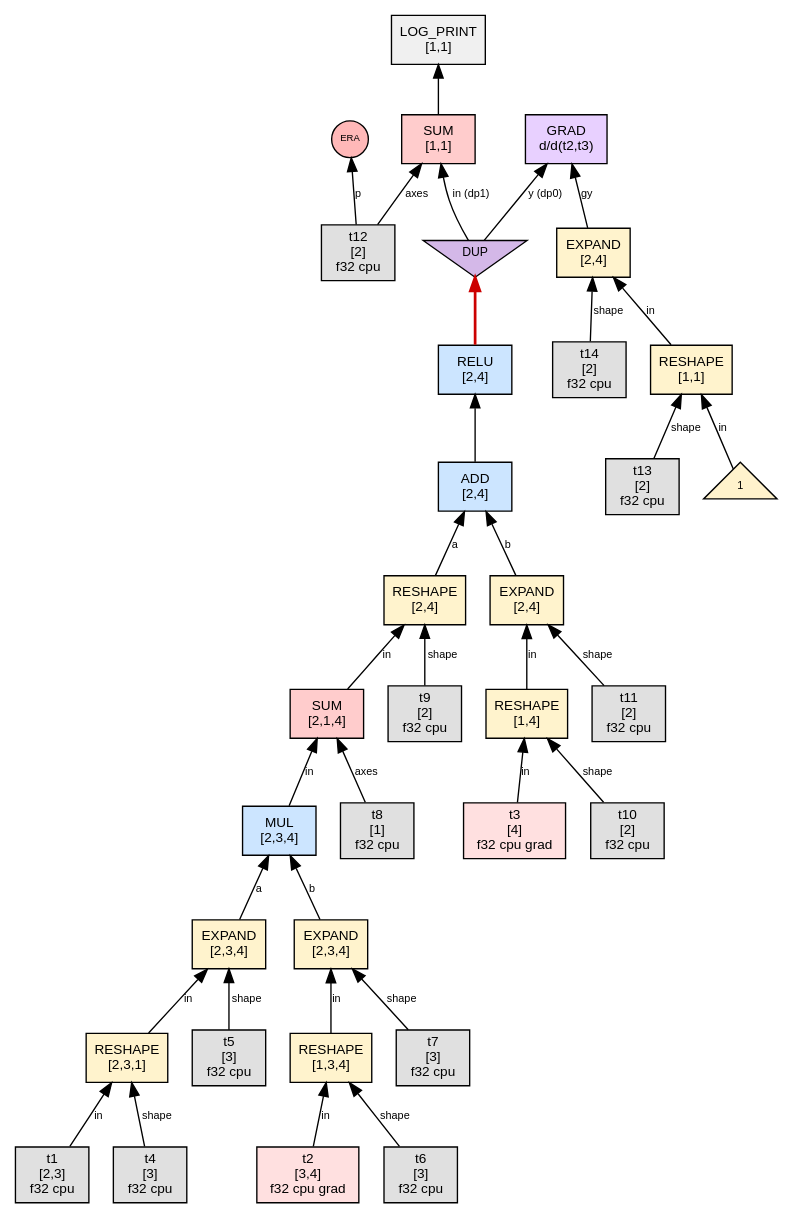
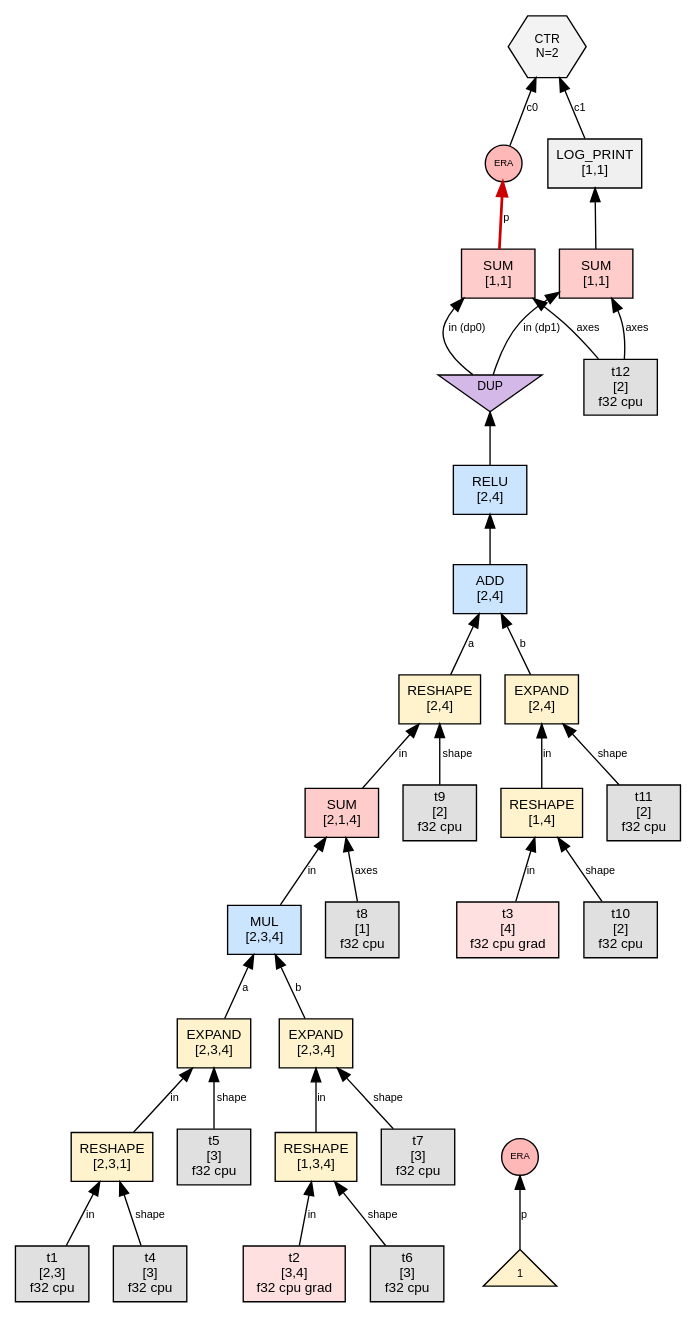
The diagram in phase1_graphs/tiny_linear_bias/step_002_interact_grad_on_SUM.dot (sw1sh/TinyHVM), drawn with Graphviz before and after one commit. The commit also changed 993 other files, not shown here.

First line of the commit message:
test: refresh canonical phase graph archives

```diff
--- a/phase1_graphs/tiny_linear_bias/step_002_interact_grad_on_SUM.dot
+++ b/phase1_graphs/tiny_linear_bias/step_002_interact_grad_on_SUM.dot
@@ -1,73 +1,70 @@
 digraph G {
   // PREV_INTERACTION: interact_grad_on_SUM
-  // NEXT_INTERACTION: interact_DP0
+  // NEXT_INTERACTION: interact_era_on_SUM
   rankdir=BT;
   node [fontname="Helvetica", fontsize=10, style=filled, shape=box, margin="0.1,0.05"];
   edge [fontsize=8, fontname="Helvetica"];
 
   n1 [label="RESHAPE\n[2,3,1]", shape=box, fillcolor="#fff3cd"];
   t1 [label="t1\n[2,3]\nf32 cpu",shape=box,fillcolor="#e0e0e0"];
   t1 -> n1 [label="in"];
   t4 [label="t4\n[3]\nf32 cpu",shape=box,fillcolor="#e0e0e0"];
   t4 -> n1 [label="shape"];
   n9 [label="RESHAPE\n[1,3,4]", shape=box, fillcolor="#fff3cd"];
   t2 [label="t2\n[3,4]\nf32 cpu grad",shape=box,fillcolor="#ffe0e0"];
   t2 -> n9 [label="in"];
   t6 [label="t6\n[3]\nf32 cpu",shape=box,fillcolor="#e0e0e0"];
   t6 -> n9 [label="shape"];
   n5 [label="EXPAND\n[2,3,4]", shape=box, fillcolor="#fff3cd"];
   n1 -> n5 [label="in"];
   t5 [label="t5\n[3]\nf32 cpu",shape=box,fillcolor="#e0e0e0"];
   t5 -> n5 [label="shape"];
   n13 [label="EXPAND\n[2,3,4]", shape=box, fillcolor="#fff3cd"];
   n9 -> n13 [label="in"];
   t7 [label="t7\n[3]\nf32 cpu",shape=box,fillcolor="#e0e0e0"];
   t7 -> n13 [label="shape"];
   n17 [label="MUL\n[2,3,4]", shape=box, fillcolor="#cce5ff"];
   n5 -> n17 [label="a"];
   n13 -> n17 [label="b"];
   n21 [label="SUM\n[2,1,4]", shape=box, fillcolor="#ffcccc"];
   n17 -> n21 [label="in"];
   t8 [label="t8\n[1]\nf32 cpu",shape=box,fillcolor="#e0e0e0"];
   t8 -> n21 [label="axes"];
   n29 [label="RESHAPE\n[1,4]", shape=box, fillcolor="#fff3cd"];
   t3 [label="t3\n[4]\nf32 cpu grad",shape=box,fillcolor="#ffe0e0"];
   t3 -> n29 [label="in"];
   t10 [label="t10\n[2]\nf32 cpu",shape=box,fillcolor="#e0e0e0"];
   t10 -> n29 [label="shape"];
   n25 [label="RESHAPE\n[2,4]", shape=box, fillcolor="#fff3cd"];
   n21 -> n25 [label="in"];
   t9 [label="t9\n[2]\nf32 cpu",shape=box,fillcolor="#e0e0e0"];
   t9 -> n25 [label="shape"];
   n33 [label="EXPAND\n[2,4]", shape=box, fillcolor="#fff3cd"];
   n29 -> n33 [label="in"];
   t11 [label="t11\n[2]\nf32 cpu",shape=box,fillcolor="#e0e0e0"];
   t11 -> n33 [label="shape"];
   n37 [label="ADD\n[2,4]", shape=box, fillcolor="#cce5ff"];
   n25 -> n37 [label="a"];
   n33 -> n37 [label="b"];
   n41 [label="RELU\n[2,4]", shape=box, fillcolor="#cce5ff"];
   n37 -> n41 [label=""];
   n58 [label="SUM\n[1,1]", shape=box, fillcolor="#ffcccc"];
   dup60 [label="DUP", shape=invtriangle, fillcolor="#d4b8e8", fontsize=9, width=0.7, height=0.5];
-  n41 -> dup60 [color="#cc0000",penwidth=2.0];
+  n41 -> dup60;
   dup60 -> n58 [label="in (dp1)"];
   t12 [label="t12\n[2]\nf32 cpu",shape=box,fillcolor="#e0e0e0"];
   t12 -> n58 [label="axes"];
+  era53 [label="ERA",shape=circle,width=0.38,height=0.38,fixedsize=true,fillcolor="#ffb8b8",fontsize=7];
+  n56 -> era53 [label="p",color="#cc0000",penwidth=2.0];
   n51 [label="LOG_PRINT\n[1,1]", shape=box, fillcolor="#f0f0f0"];
   n58 -> n51 [label=""];
-  n71 [label="GRAD\nd/d(t2,t3)", shape=box, fillcolor="#e8d0ff"];
-  dup60 -> n71 [label="y (dp0)"];
-  n67 -> n71 [label="gy"];
-  era66 [label="ERA",shape=circle,width=0.38,height=0.38,fixedsize=true,fillcolor="#ffb8b8",fontsize=7];
-  t12 -> era66 [label="p"];
-  n61 [label="RESHAPE\n[1,1]", shape=box, fillcolor="#fff3cd"];
-  num61_0 [label="1",shape=triangle,fillcolor="#fff2cc",fontsize=8];
-  num61_0 -> n61 [label="in"];
-  t13 [label="t13\n[2]\nf32 cpu",shape=box,fillcolor="#e0e0e0"];
-  t13 -> n61 [label="shape"];
-  n67 [label="EXPAND\n[2,4]", shape=box, fillcolor="#fff3cd"];
-  n61 -> n67 [label="in"];
-  t14 [label="t14\n[2]\nf32 cpu",shape=box,fillcolor="#e0e0e0"];
-  t14 -> n67 [label="shape"];
+  ctr53 [label="CTR\nN=2", shape=hexagon, fillcolor="#f3f3f3", fontsize=9];
+  era53 -> ctr53 [label="c0"];
+  n51 -> ctr53 [label="c1"];
+  era62 [label="ERA",shape=circle,width=0.38,height=0.38,fixedsize=true,fillcolor="#ffb8b8",fontsize=7];
+  num_era62 [label="1",shape=triangle,fillcolor="#fff2cc",fontsize=8];
+  num_era62 -> era62 [label="p"];
+  n56 [label="SUM\n[1,1]", shape=box, fillcolor="#ffcccc"];
+  dup60 -> n56 [label="in (dp0)"];
+  t12 -> n56 [label="axes"];
 }
```
